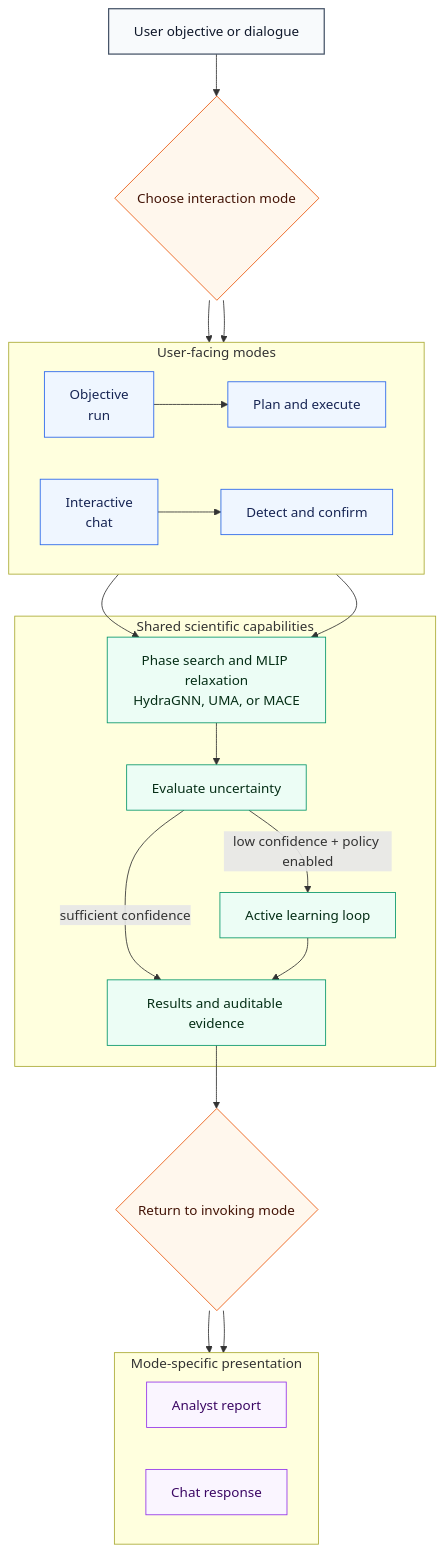
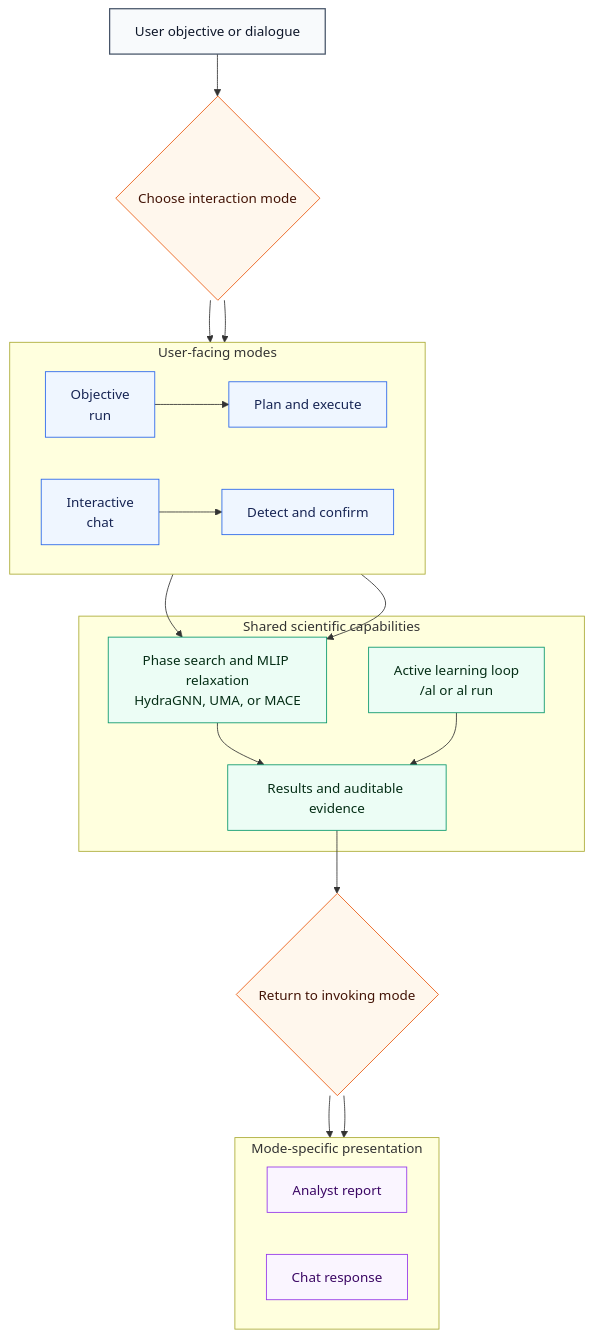
Before and after one commit to ORNL/matsim-agents: the diagram in docs/guide/architecture.md, drawn with Mermaid. The commit also changed other lines of this file and 115 other files, not shown here.

````diff
--- a/docs/guide/architecture.md
+++ b/docs/guide/architecture.md
@@ -41,50 +40,47 @@
 ```mermaid
 flowchart TD
     U[User objective or dialogue] --> G{Choose interaction mode}
 
     subgraph MODES[User-facing modes]
       direction LR
       O[Objective<br/>run] --> OP[Plan and execute]
       I[Interactive<br/>chat] --> IP[Detect and confirm]
     end
 
     G --> O
     G --> I
 
     OP --> X
     IP --> X
 
     subgraph SCIENCE[Shared scientific capabilities]
       X[Phase search and MLIP relaxation<br/>HydraGNN, UMA, or MACE]
-      Q[Evaluate uncertainty]
-      AL[Active learning loop]
+      AL[Active learning loop<br/>/al or al run]
       E[Results and auditable evidence]
 
-      X --> Q
-      Q -->|low confidence + policy enabled| AL
-      Q -->|sufficient confidence| E
+      X --> E
       AL --> E
     end
 
     E --> R{Return to invoking mode}
 
     subgraph OUTPUTS[Mode-specific presentation]
       direction LR
       OA[Analyst report]
       IR[Chat response]
     end
 
     R --> OA
     R --> IR
 
     classDef entry fill:#f8fafc,stroke:#475569,color:#0f172a,stroke-width:1.5px
     classDef mode fill:#eff6ff,stroke:#2563eb,color:#172554
     classDef science fill:#ecfdf5,stroke:#059669,color:#052e16
     classDef decision fill:#fff7ed,stroke:#ea580c,color:#431407
     classDef output fill:#faf5ff,stroke:#9333ea,color:#3b0764
     class U entry
     class G,R decision
     class O,OP,I,IP mode
-    class X,Q,AL,E science
+    class X,AL,E science
     class OA,IR output
 ```
````
